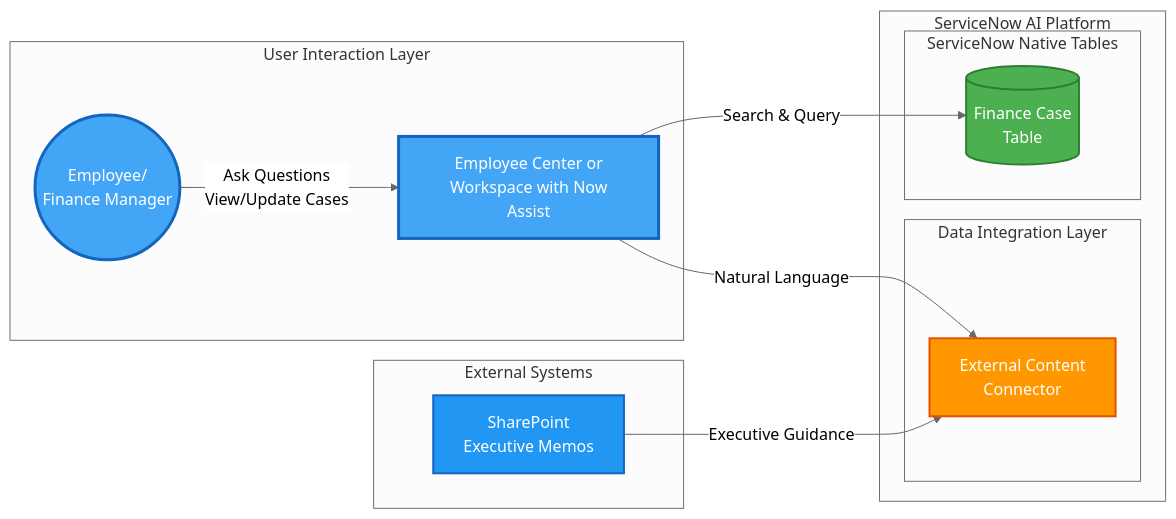
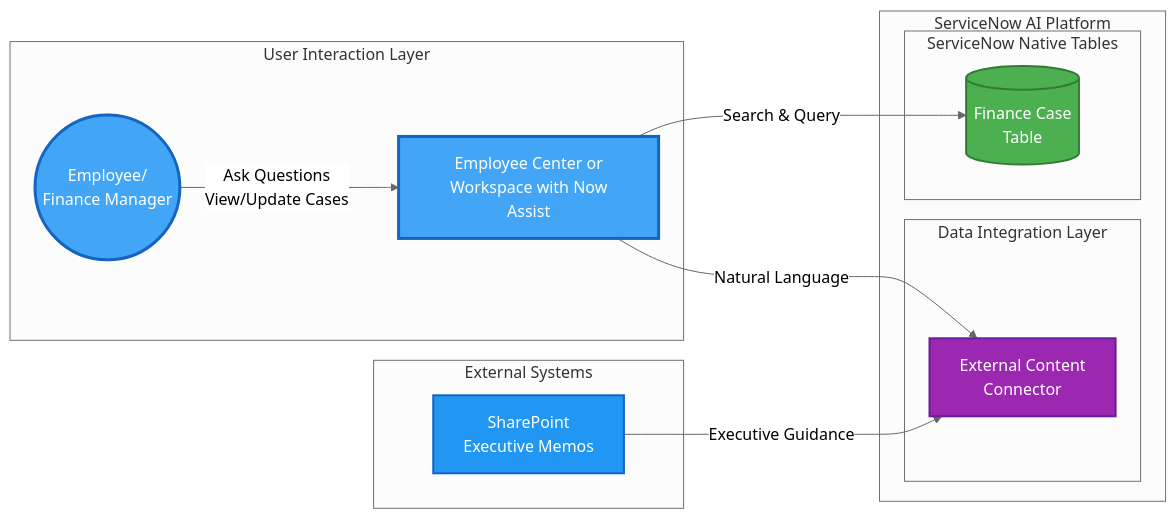
Before and after one commit to leojacinto/WorkflowDataFabric-TypeA: the diagram in hungry-for-more/lab-exercise-external-content-connector.md, drawn with Mermaid (neutral theme). The commit also changed 6 other files, not shown here.

Commit message:
Consistent color scheme across all mermaid diagrams: nowassist (amber), platform (green), wdf (purple), external (blue), user (light blue)

````diff
--- a/hungry-for-more/lab-exercise-external-content-connector.md
+++ b/hungry-for-more/lab-exercise-external-content-connector.md
@@ -17,41 +17,40 @@
 ```mermaid
 graph LR
     subgraph "User Interaction Layer"
         Employee((Employee/<br/>Finance Manager))
         EC[Employee Center or<br/> Workspace with Now Assist]
     end
 
     subgraph "External Systems"
         SharePoint[SharePoint<br/>Executive Memos]
     end
 
     subgraph "ServiceNow AI Platform"
         subgraph "Data Integration Layer"
             ExtContent[External Content<br/>Connector]
         end
 
         subgraph "ServiceNow Native Tables"
             FinCase[(Finance Case<br/>Table)]
         end
     end
 
     %% Data Flow Connections
     SharePoint -->|Executive Guidance| ExtContent
 
     %% User Interaction Connections
     Employee -->|Ask Questions<br/>View/Update Cases| EC
     EC -->|Search & Query| FinCase
     EC -->|Natural Language| ExtContent
 
     %% Styling
     classDef external fill:#2196F3,stroke:#1565C0,stroke-width:2px,color:#fff
-    classDef integration fill:#FF9800,stroke:#E65100,stroke-width:2px,color:#fff
-    classDef native fill:#4CAF50,stroke:#2E7D32,stroke-width:2px,color:#fff
-    classDef ai fill:#FFB300,stroke:#F57F17,stroke-width:2px,color:#1a1a1a
     classDef user fill:#42A5F5,stroke:#1565C0,stroke-width:3px,color:#fff
+    classDef platform fill:#4CAF50,stroke:#2E7D32,stroke-width:2px,color:#fff
+    classDef wdf fill:#9C27B0,stroke:#6A1B9A,stroke-width:2px,color:#fff
 
     class SharePoint external
-    class ExtContent integration
-    class FinCase native
+    class ExtContent wdf
+    class FinCase platform
     class Employee,EC user
 ```
````
